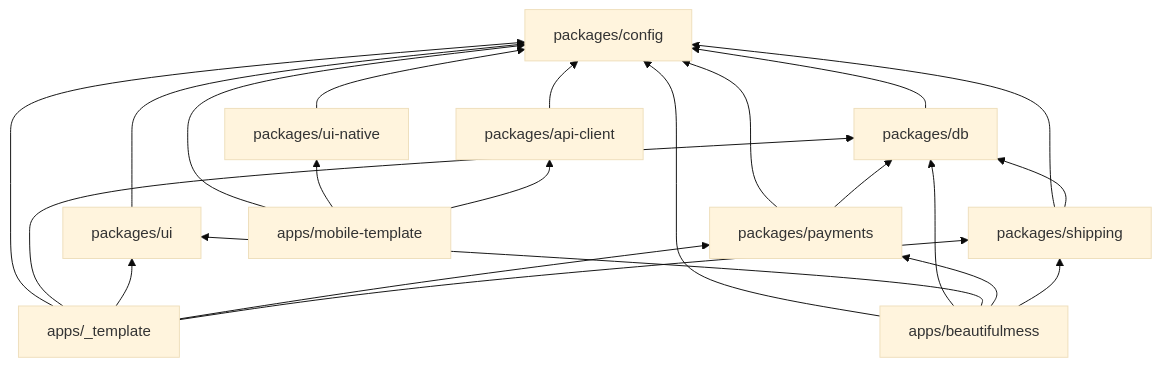
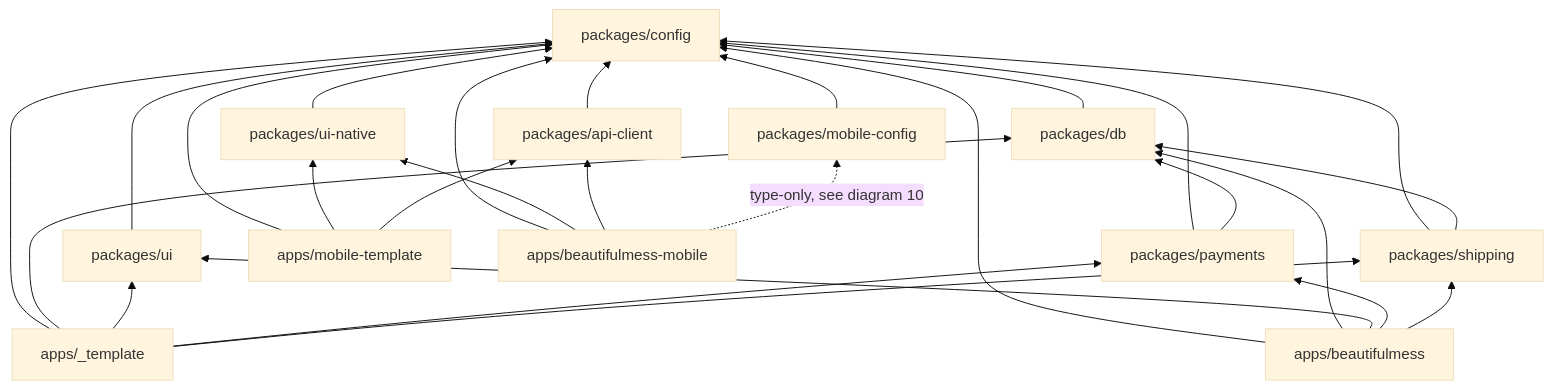
Before and after one commit to beautifulforceOrg/beautifulforce: the second of 12 diagrams in docs/architecture.md, drawn with Mermaid (base theme). The commit also changed other lines of this file and 29 other files, not shown here.

````diff
--- a/docs/architecture.md
+++ b/docs/architecture.md
@@ -61,35 +62,42 @@
 ```mermaid
 graph BT
   config["packages/config"]
   db["packages/db"]
   ui["packages/ui"]
   uinative["packages/ui-native"]
   apiclient["packages/api-client"]
+  mobileconfig["packages/mobile-config"]
   payments["packages/payments"]
   shipping["packages/shipping"]
   template["apps/_template"]
   beautifulmess["apps/beautifulmess"]
   mobiletemplate["apps/mobile-template"]
+  beautifulmessmobile["apps/beautifulmess-mobile"]
 
   db --> config
   ui --> config
   uinative --> config
   apiclient --> config
+  mobileconfig --> config
   payments --> config
   payments --> db
   shipping --> config
   shipping --> db
   template --> config
   template --> db
   template --> ui
   template --> payments
   template --> shipping
   beautifulmess --> config
   beautifulmess --> db
   beautifulmess --> ui
   beautifulmess --> payments
   beautifulmess --> shipping
   mobiletemplate --> config
   mobiletemplate --> uinative
   mobiletemplate --> apiclient
+  beautifulmessmobile --> config
+  beautifulmessmobile --> uinative
+  beautifulmessmobile --> apiclient
+  beautifulmessmobile -.type-only, see diagram 10.-> mobileconfig
 ```
````
